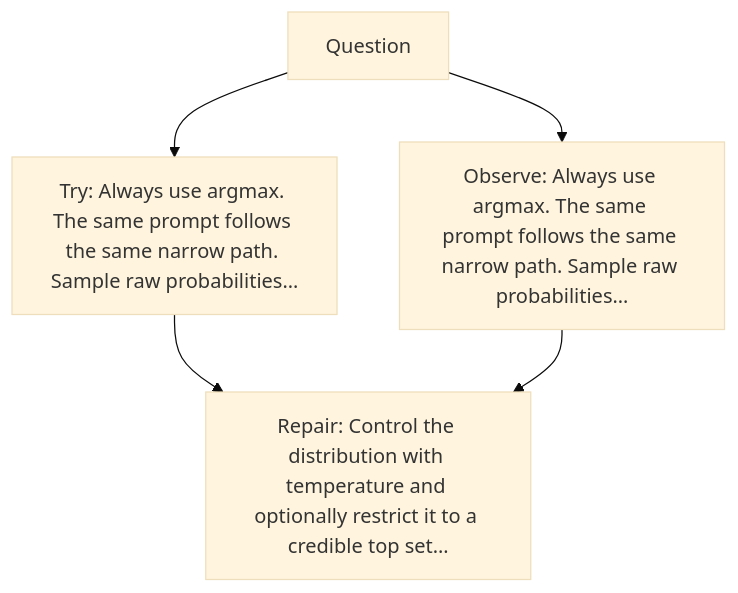
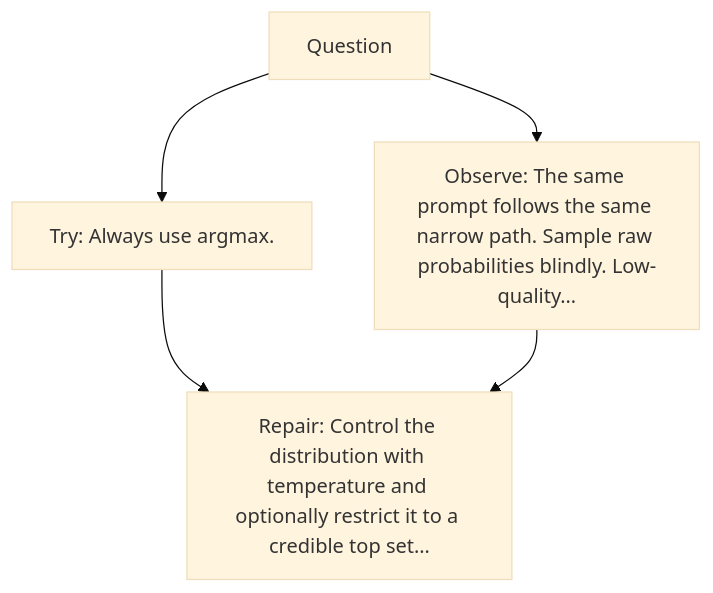
Before and after one commit to kleem-labs/AI-Archaeology: the diagram in excavations/043-sampling/diagram.md, drawn with Mermaid (base theme). The commit also changed other lines of this file and 165 other files, not shown here.

````diff
--- a/excavations/043-sampling/diagram.md
+++ b/excavations/043-sampling/diagram.md
@@ -5,7 +5,7 @@
 ```mermaid
 flowchart TD
-    A["Question"] --> B["Try: Always use argmax. The same prompt follows the same narrow path. Sample raw probabilities…"]
-    A --> C["Observe: Always use argmax. The same prompt follows the same narrow path. Sample raw probabilities…"]
+    A["Question"] --> B["Try: Always use argmax."]
+    A --> C["Observe: The same prompt follows the same narrow path. Sample raw probabilities blindly. Low-quality…"]
     B --> D["Repair: Control the distribution with temperature and optionally restrict it to a credible top set…"]
     C --> D
 ```
````
